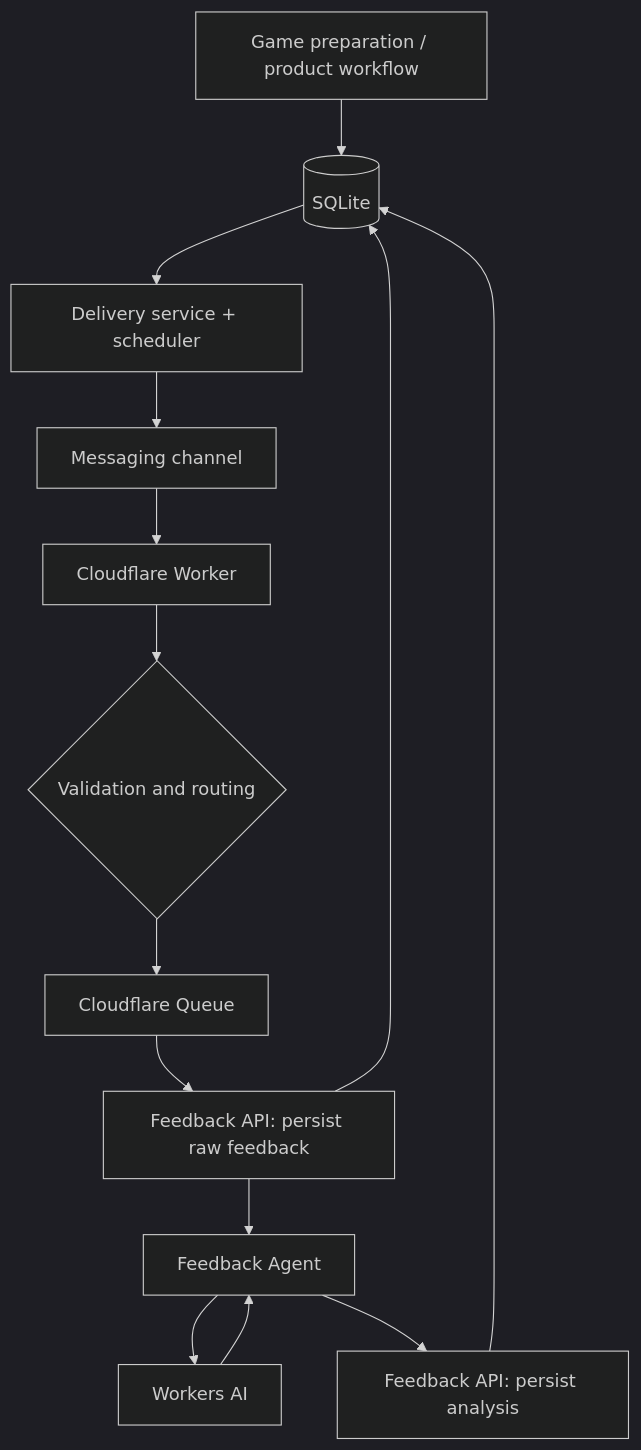
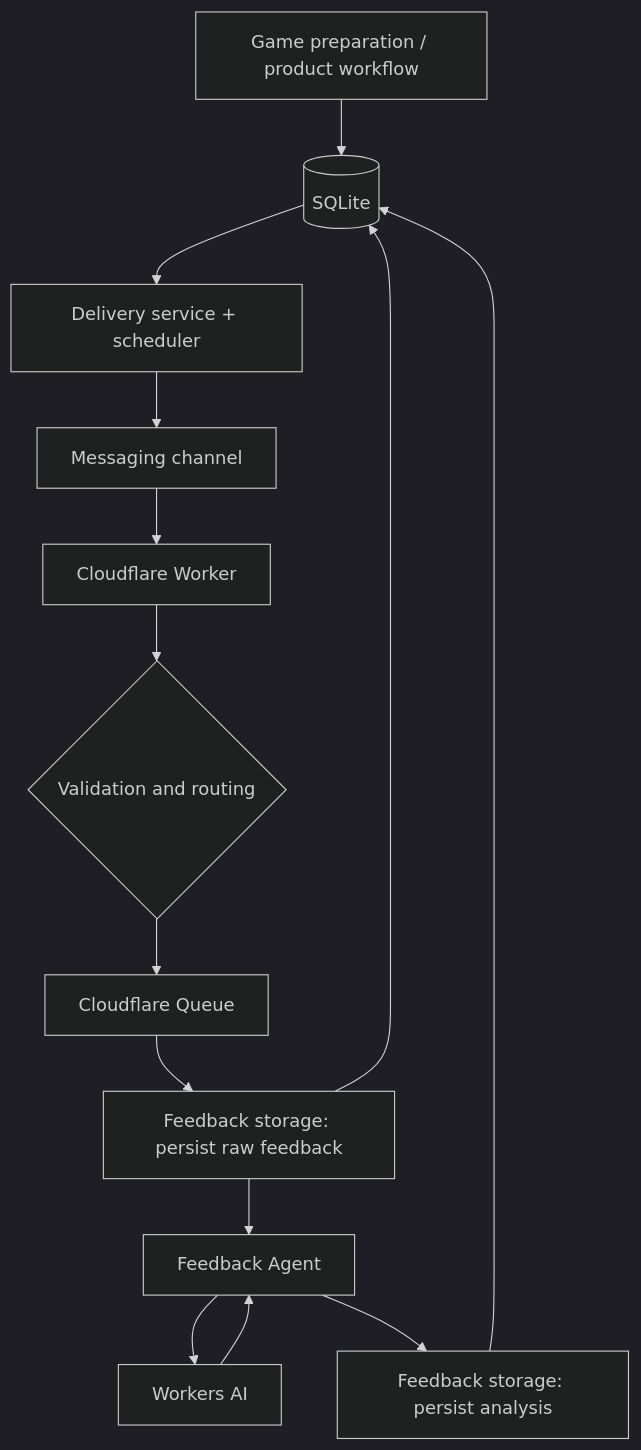
One commit to LukshinVI/game-of-the-day changed the diagram in README.md. Above: the diagram before and after it, drawn with Mermaid (dark theme). The commit also changed other lines of this file and 6 other files, not shown here.

First line of the commit message:
refactor(feedback): remove the unused HTTP transport, keep the storage module

````diff
--- a/README.md
+++ b/README.md
@@ -35,16 +35,16 @@
 ```mermaid
 flowchart TD
     P[Game preparation / product workflow] --> DB[(SQLite)]
     DB --> D[Delivery service + scheduler]
     D --> CH[Messaging channel]
     CH --> W[Cloudflare Worker]
     W --> V{Validation and routing}
     V --> Q[Cloudflare Queue]
-    Q --> RAW[Feedback API: persist raw feedback]
+    Q --> RAW[Feedback storage: persist raw feedback]
     RAW --> DB
     RAW --> F[Feedback Agent]
     F --> AI[Workers AI]
     AI --> F
-    F --> RES[Feedback API: persist analysis]
+    F --> RES[Feedback storage: persist analysis]
     RES --> DB
 ```
````
